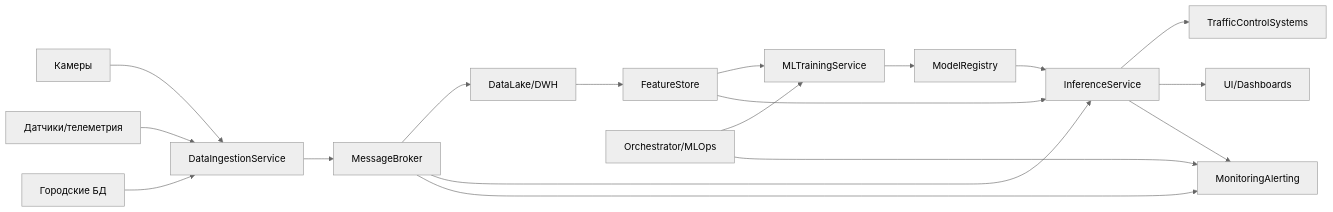
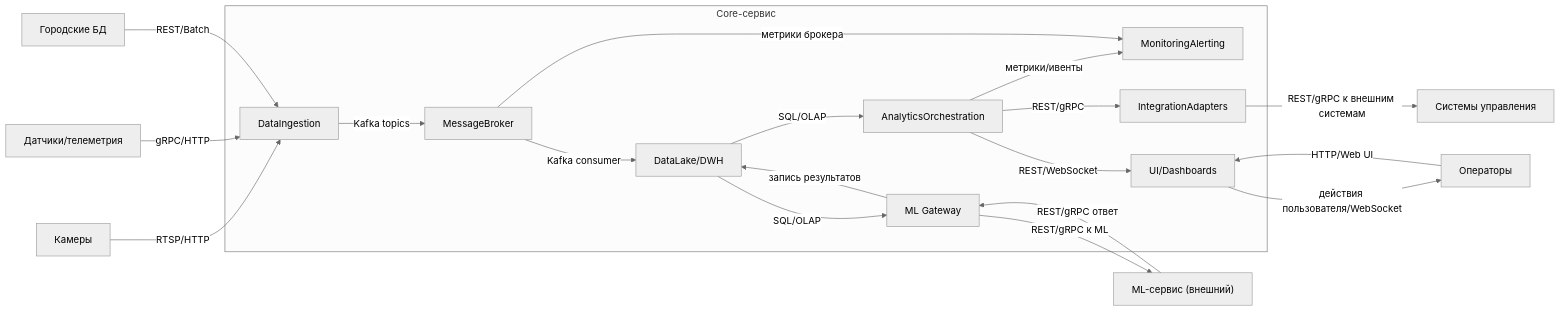
One commit to Phund4/its-project changed the second of 2 diagrams in readme.md. Above: the diagram before and after it, drawn with Mermaid (neutral theme). The commit also changed other lines of this file, not shown here.

Commit message:
first lab: fix read me and diagrams

````diff
--- a/readme.md
+++ b/readme.md
@@ -302,41 +297,41 @@
 ```mermaid
 flowchart LR
   extCameras["Камеры"]
   extSensors["Датчики/телеметрия"]
   extCityDB["Городские БД"]
 
-  dataIngest["DataIngestionService"]
-  broker["MessageBroker"]
-  dataLake["DataLake/DWH"]
-  featureStore["FeatureStore"]
-  training["MLTrainingService"]
-  modelRegistry["ModelRegistry"]
-  inference["InferenceService"]
-  monitoring["MonitoringAlerting"]
-  orchestrator["Orchestrator/MLOps"]
-  ui["UI/Dashboards"]
-  trafficCtrl["TrafficControlSystems"]
+  subgraph core ["Core-сервис"]
+    dataIngest["DataIngestion"]
+    broker["MessageBroker"]
+    dataLake["DataLake/DWH"]
+    mlGateway["ML Gateway"]
+    analytics["AnalyticsOrchestration"]
+    monitoring["MonitoringAlerting"]
+    ui["UI/Dashboards"]
+    adapters["IntegrationAdapters"]
+  end
 
-  extCameras --> dataIngest
-  extSensors --> dataIngest
-  extCityDB --> dataIngest
+  mlService["ML-сервис (внешний)"]
+  trafficCtrl["Системы управления"]
+  operators["Операторы"]
 
-  dataIngest --> broker
-  broker --> dataLake
-  dataLake --> featureStore
+  extCameras -->|"RTSP/HTTP"| dataIngest
+  extSensors -->|"gRPC/HTTP"| dataIngest
+  extCityDB -->|"REST/Batch"| dataIngest
 
-  orchestrator --> training
-  training --> modelRegistry
-  modelRegistry --> inference
+  dataIngest -->|"Kafka topics"| broker
+  broker -->|"Kafka consumer"| dataLake
+  dataLake -->|"SQL/OLAP"| mlGateway
+  mlGateway -->|"REST/gRPC к ML"| mlService
+  mlService -->|"REST/gRPC ответ"| mlGateway
+  mlGateway -->|"запись результатов"| dataLake
+  dataLake -->|"SQL/OLAP"| analytics
+  analytics -->|"REST/gRPC"| adapters
+  analytics -->|"REST/WebSocket"| ui
 
-  featureStore --> training
-  featureStore --> inference
-
-  broker --> inference
-  inference --> trafficCtrl
-  inference --> ui
-
-  inference --> monitoring
-  broker --> monitoring
-  orchestrator --> monitoring
+  adapters -->|"REST/gRPC к внешним системам"| trafficCtrl
+  operators -->|"HTTP/Web UI"| ui
+  ui -->|"действия пользователя/WebSocket"| operators
+  analytics -->|"метрики/ивенты"| monitoring
+  broker -->|"метрики брокера"| monitoring
 ```
````
